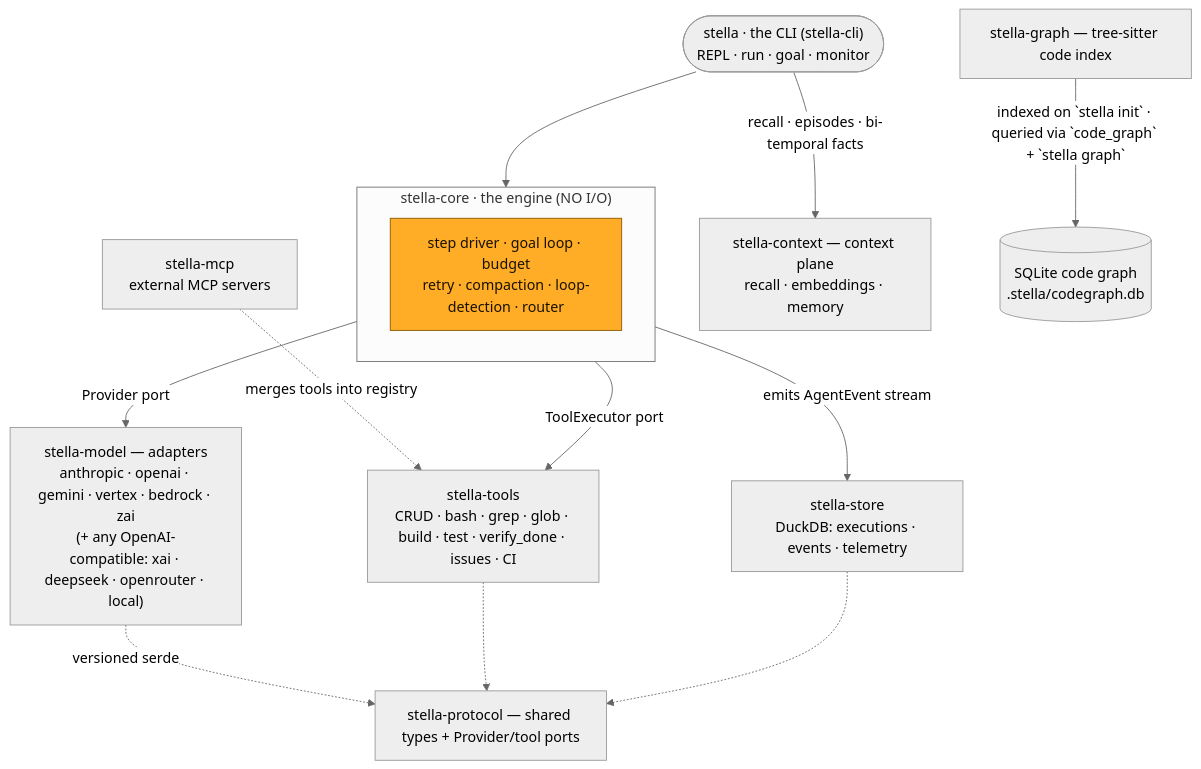
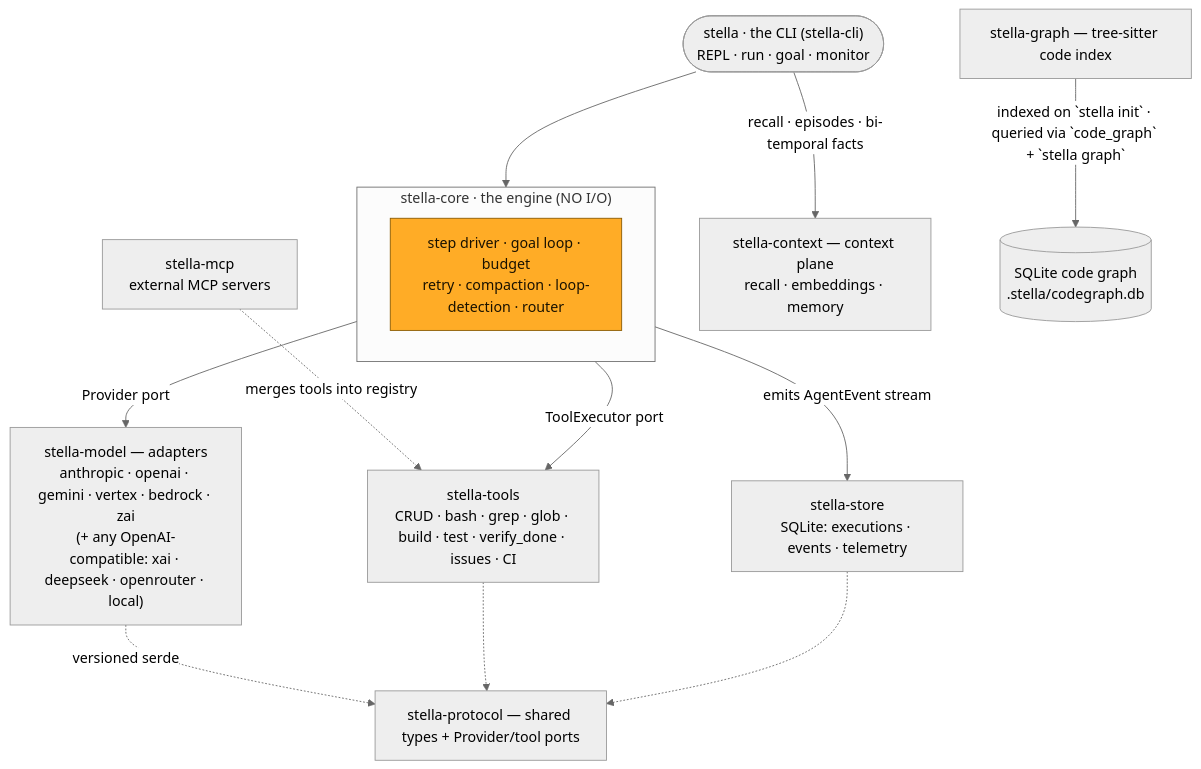
One commit to oxageninc/stella-cli changed the fourth of 4 diagrams in README.md. Above: the diagram before and after it, drawn with Mermaid (neutral theme). The commit also changed other lines of this file and 14 other files, not shown here.

First line of the commit message:
Migrate stella-store from DuckDB to SQLite

````diff
--- a/README.md
+++ b/README.md
@@ -258,18 +258,18 @@
 ```mermaid
 flowchart TD
     U(["stella · the CLI (stella-cli)<br/>REPL · run · goal · monitor"]) --> CORE
     subgraph CORE["stella-core · the engine (NO I/O)"]
       ENG["step driver · goal loop · budget<br/>retry · compaction · loop-detection · router"]
     end
     CORE -->|Provider port| MODEL["stella-model — adapters<br/>anthropic · openai · gemini · vertex · bedrock · zai<br/>(+ any OpenAI-compatible: xai · deepseek · openrouter · local)"]
     CORE -->|ToolExecutor port| TOOLS["stella-tools<br/>CRUD · bash · grep · glob · build · test · verify_done · issues · CI"]
     MCP["stella-mcp<br/>external MCP servers"] -.->|merges tools into registry| TOOLS
-    CORE -->|emits AgentEvent stream| STORE["stella-store<br/>DuckDB: executions · events · telemetry"]
+    CORE -->|emits AgentEvent stream| STORE["stella-store<br/>SQLite: executions · events · telemetry"]
     U -->|"recall · episodes · bi-temporal facts"| CTX["stella-context — context plane<br/>recall · embeddings · memory"]
     GRAPH["stella-graph — tree-sitter code index"] -->|"indexed on `stella init` · queried via `code_graph` + `stella graph`"| DB[("SQLite code graph<br/>.stella/codegraph.db")]
     MODEL -.->|versioned serde| PROTO["stella-protocol — shared types + Provider/tool ports"]
     TOOLS -.-> PROTO
     STORE -.-> PROTO
     classDef eng fill:#FFAC26,stroke:#8a5a00,color:#1a1200;
     class ENG eng;
 ```
````
